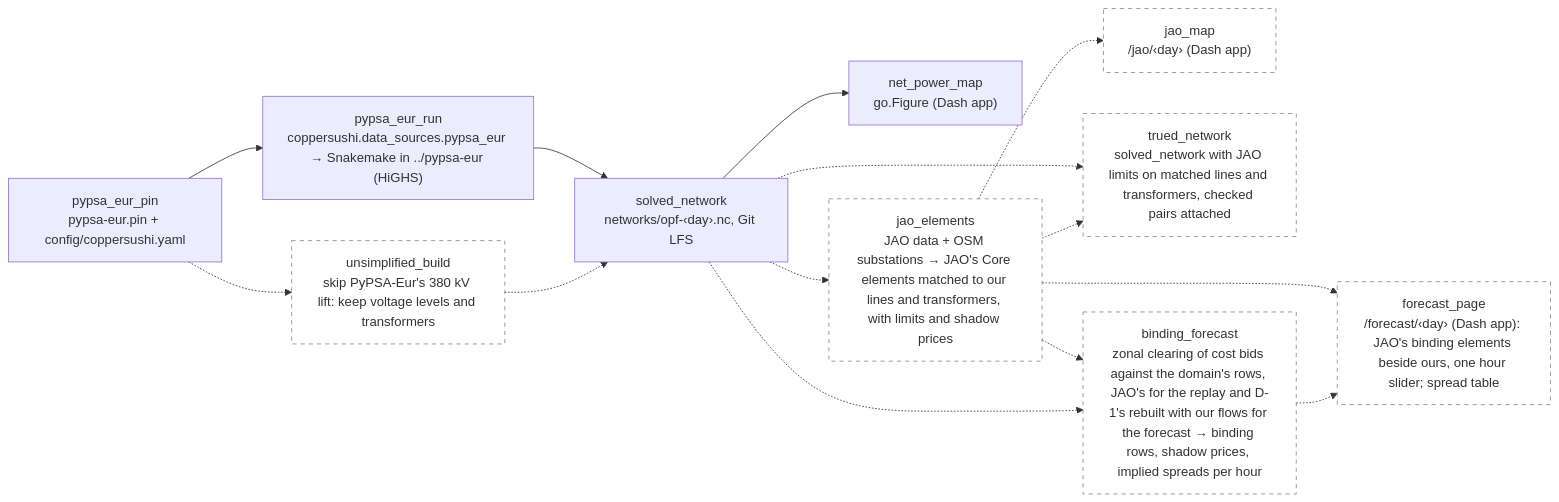
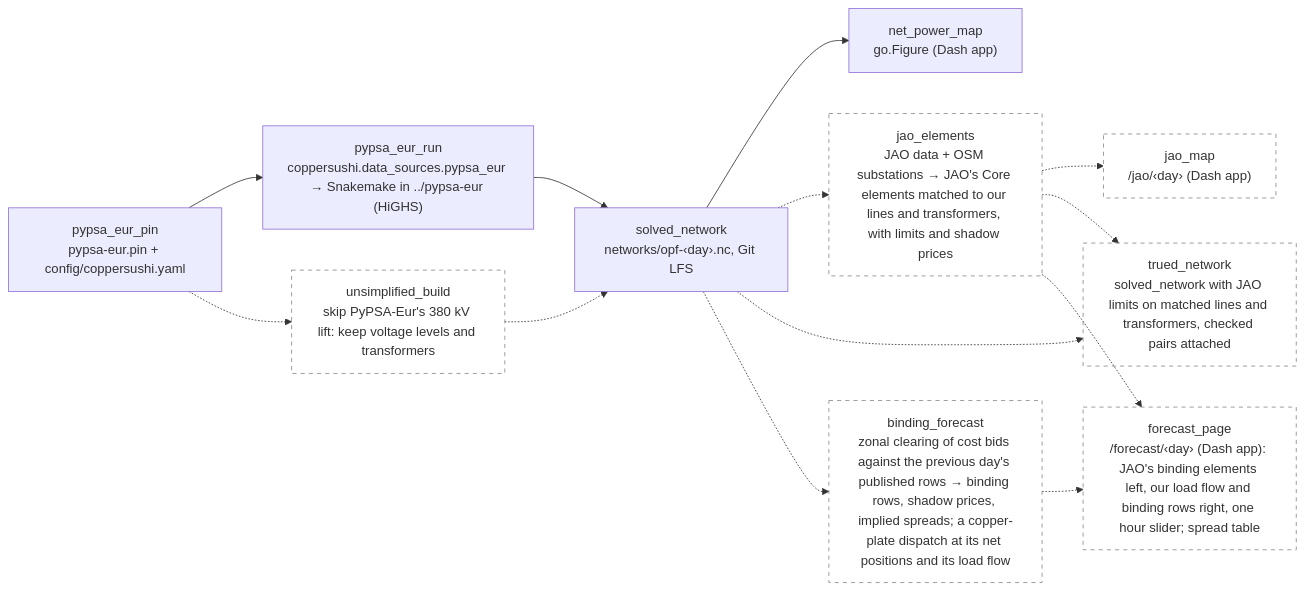
One commit to zoltanmaric/coppersushi changed the diagram in wiki/sushi-2.md. Above: the diagram before and after it, drawn with Mermaid. The commit also changed 3 other files, not shown here.

First line of the commit message:
Forecast spec cut to what needs no matching: clear against yesterday's rows, draw the load flow of that trade

````diff
--- a/wiki/sushi-2.md
+++ b/wiki/sushi-2.md
@@ -16,31 +16,30 @@
 ```mermaid
 flowchart LR
     classDef planned stroke-dasharray: 5 5,stroke:#888,fill:none
 
     net_power_map["net_power_map<br/>go.Figure (Dash app)"]
 
     pypsa_eur_pin["pypsa_eur_pin<br/>pypsa-eur.pin + config/coppersushi.yaml"]
     pypsa_eur_run["pypsa_eur_run<br/>coppersushi.data_sources.pypsa_eur → Snakemake in ../pypsa-eur (HiGHS)"]
     solved_network["solved_network<br/>networks/opf-‹day›.nc, Git LFS"]
 
     unsimplified["unsimplified_build<br/>skip PyPSA-Eur's 380 kV lift: keep voltage levels and transformers"]:::planned
     jao_elements["jao_elements<br/>JAO data + OSM substations → JAO's Core elements matched to our lines and transformers, with limits and shadow prices"]:::planned
     jao_map["jao_map<br/>/jao/‹day› (Dash app)"]:::planned
     trued_network["trued_network<br/>solved_network with JAO limits on matched lines and transformers, checked pairs attached"]:::planned
-    binding_forecast["binding_forecast<br/>zonal clearing of cost bids against the domain's rows, JAO's for the replay and D-1's rebuilt with our flows for the forecast → binding rows, shadow prices, implied spreads per hour"]:::planned
-    forecast_page["forecast_page<br/>/forecast/‹day› (Dash app): JAO's binding elements beside ours, one hour slider; spread table"]:::planned
+    binding_forecast["binding_forecast<br/>zonal clearing of cost bids against the previous day's published rows → binding rows, shadow prices, implied spreads; a copper-plate dispatch at its net positions and its load flow"]:::planned
+    forecast_page["forecast_page<br/>/forecast/‹day› (Dash app): JAO's binding elements left, our load flow and binding rows right, one hour slider; spread table"]:::planned
 
     pypsa_eur_pin --> pypsa_eur_run
     pypsa_eur_pin -.-> unsimplified
     unsimplified -.-> solved_network
     pypsa_eur_run --> solved_network
     solved_network --> net_power_map
     solved_network -.-> jao_elements
     jao_elements -.-> jao_map
     jao_elements -.-> trued_network
     solved_network -.-> trued_network
     solved_network -.-> binding_forecast
-    jao_elements -.-> binding_forecast
     binding_forecast -.-> forecast_page
     jao_elements -.-> forecast_page
 ```
````
